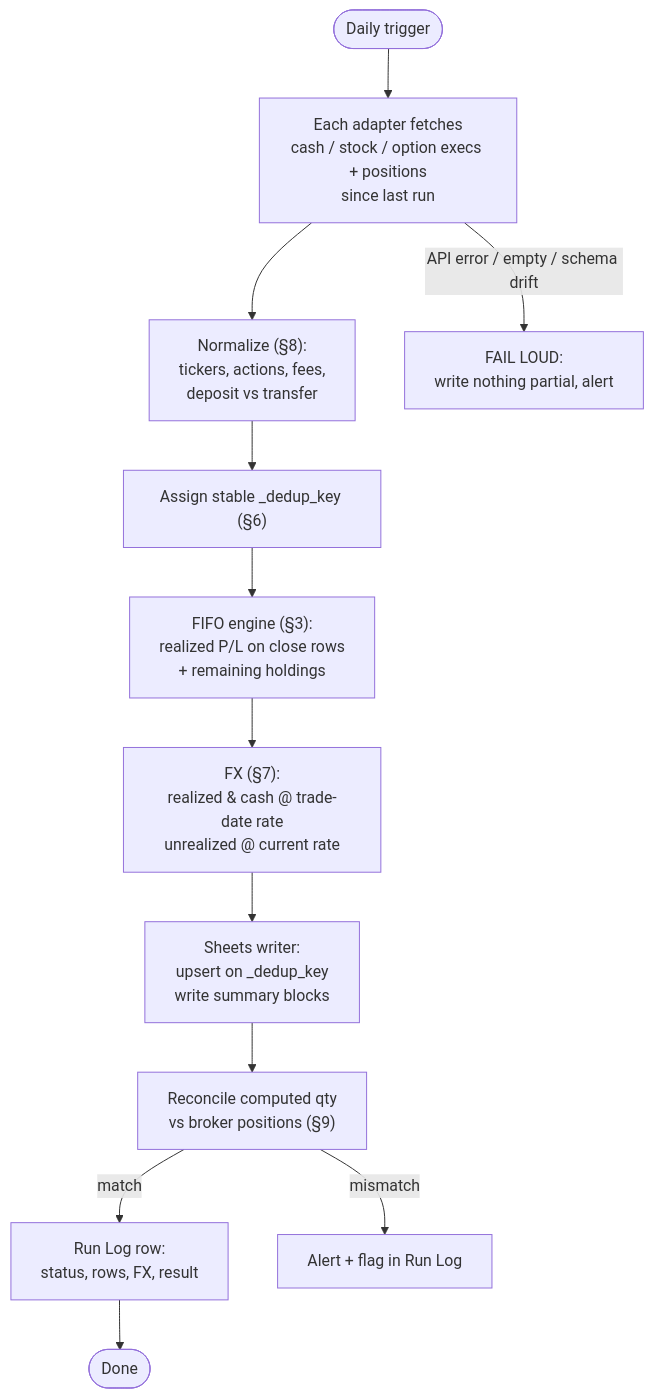
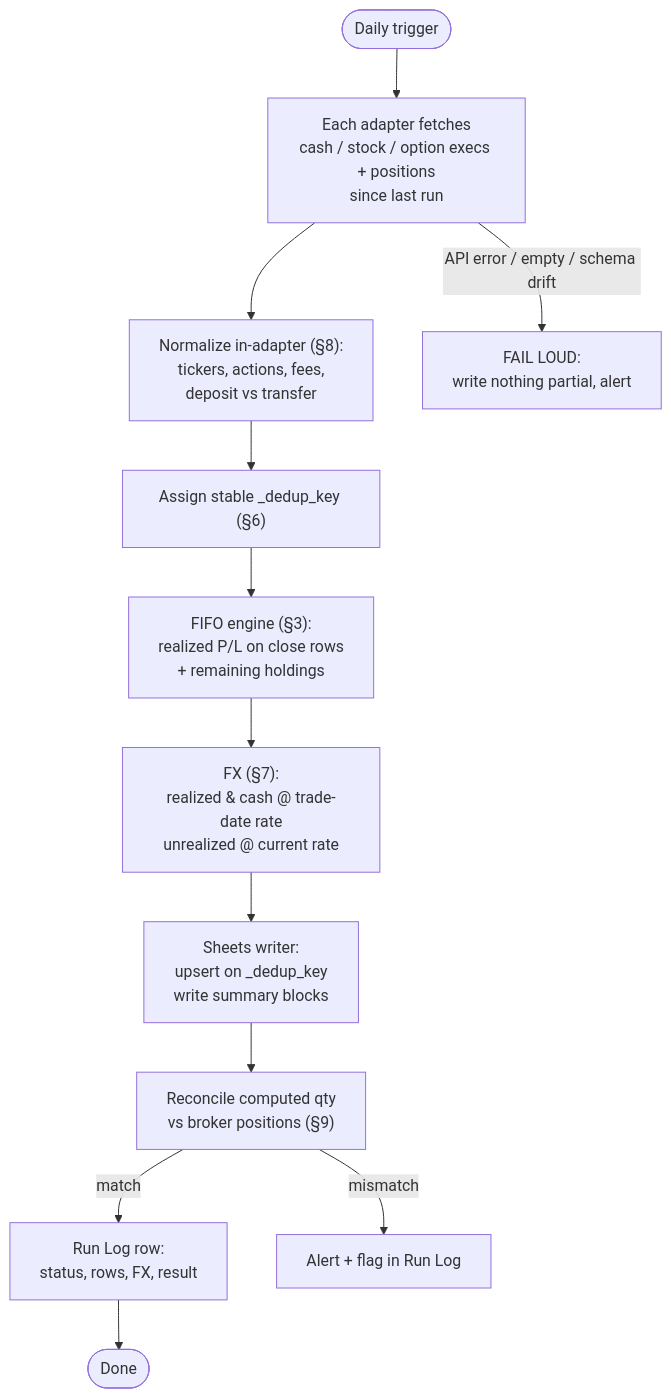
One commit to leshweyeewin/broker-portfolio-sync changed the second of 5 diagrams in README.md. Above: the diagram before and after it, drawn with Mermaid. The commit also changed other lines of this file, not shown here.

Commit message:
docs: relabel normalize stage to reflect it lives in the adapters

````diff
--- a/README.md
+++ b/README.md
@@ -123,14 +122,14 @@
 ```mermaid
 flowchart TD
     START([Daily trigger]) --> FETCH["Each adapter fetches<br/>cash / stock / option execs + positions<br/>since last run"]
-    FETCH --> NORM["Normalize (§8):<br/>tickers, actions, fees,<br/>deposit vs transfer"]
+    FETCH --> NORM["Normalize in-adapter (§8):<br/>tickers, actions, fees,<br/>deposit vs transfer"]
     NORM --> DEDUP["Assign stable _dedup_key (§6)"]
     DEDUP --> FIFO["FIFO engine (§3):<br/>realized P/L on close rows<br/>+ remaining holdings"]
     FIFO --> FXC["FX (§7):<br/>realized & cash @ trade-date rate<br/>unrealized @ current rate"]
     FXC --> WRITE["Sheets writer:<br/>upsert on _dedup_key<br/>write summary blocks"]
     WRITE --> RECON["Reconcile computed qty<br/>vs broker positions (§9)"]
     RECON -->|match| LOG["Run Log row:<br/>status, rows, FX, result"]
     RECON -->|mismatch| ALERT2["Alert + flag in Run Log"]
     FETCH -->|API error / empty / schema drift| FAIL["FAIL LOUD:<br/>write nothing partial, alert"]
     LOG --> DONE([Done])
 ```
````
